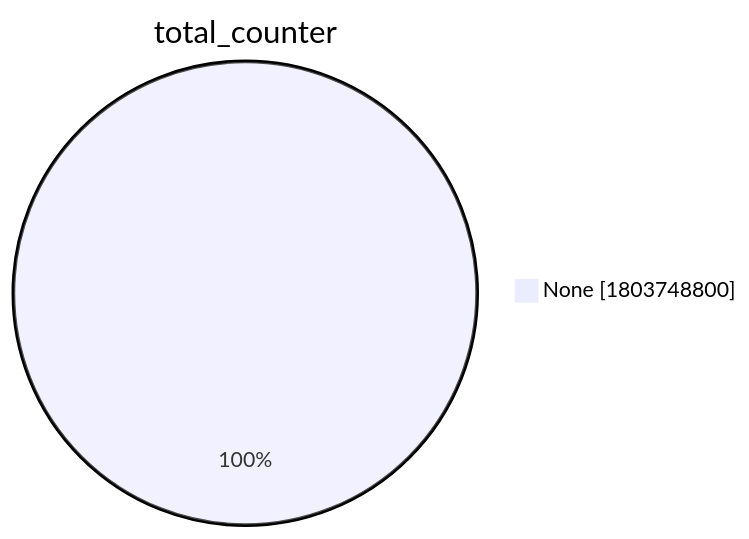
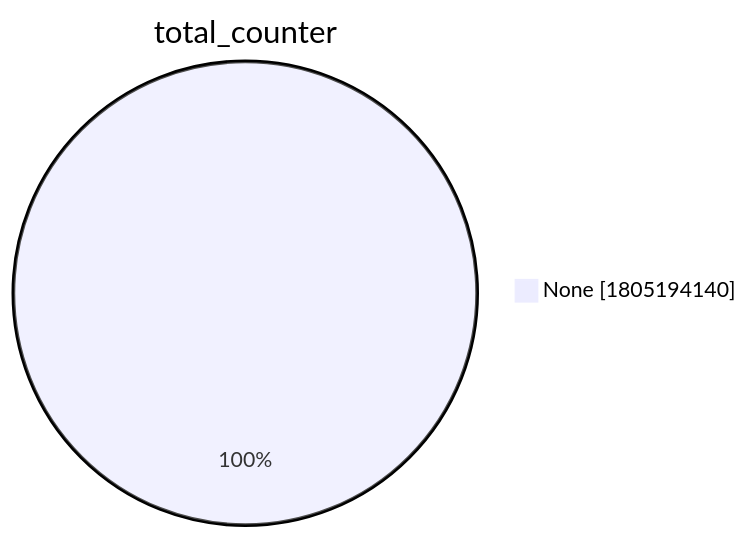
Before and after one commit to christiankrug/ctmonitor_visualization: the second of 15 diagrams in xenon2022/README.md, drawn with Mermaid. The commit also changed other lines of this file, not shown here.

````diff
--- a/xenon2022/README.md
+++ b/xenon2022/README.md
@@ -9,5 +9,5 @@
 ```mermaid
 pie showData
 title total_counter
-"None" :1803748800
+"None" :1805194140
 ```
````
